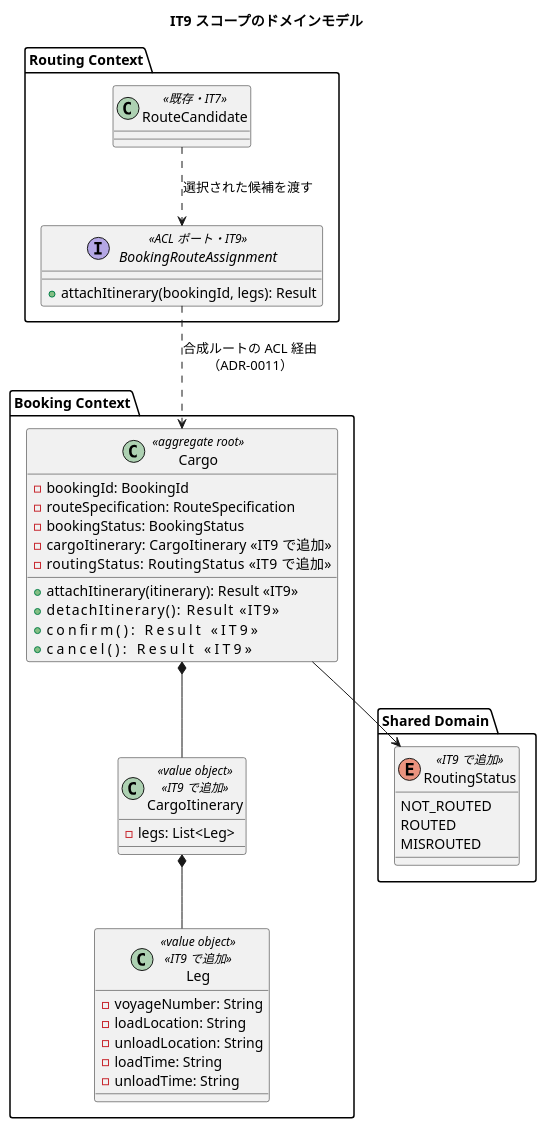
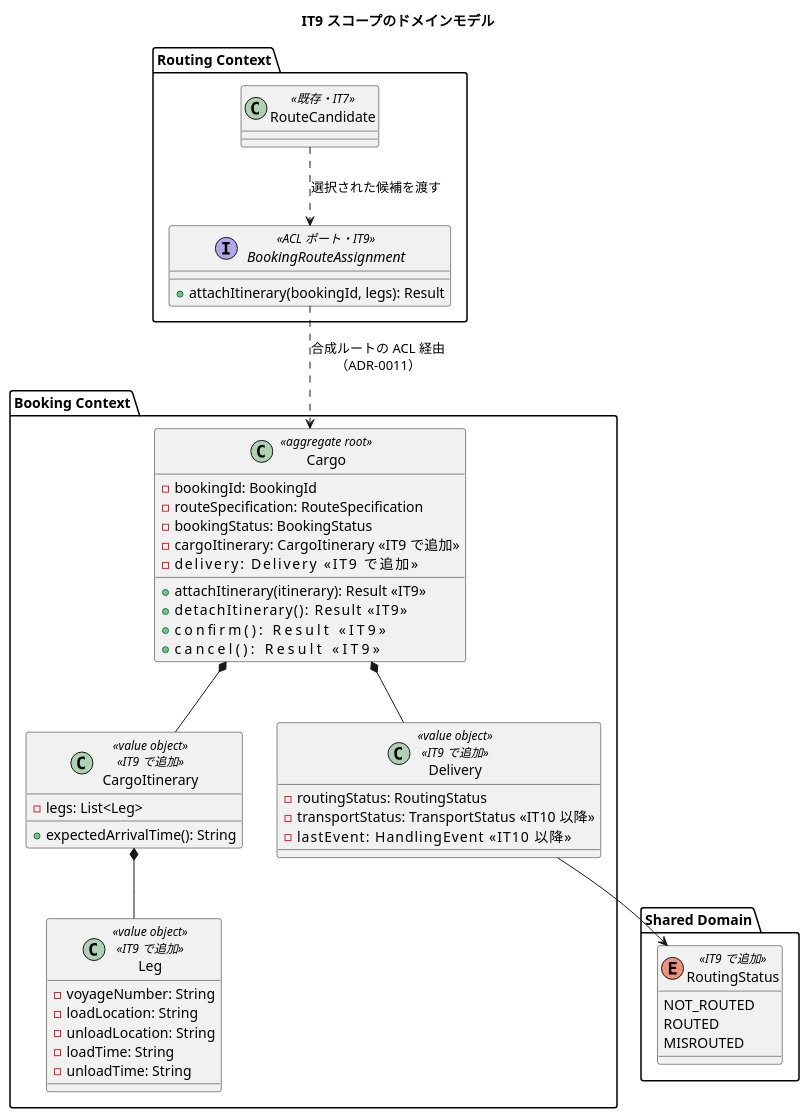
Before and after one commit to k2works/case-study-cargo-tracker: the first of 5 diagrams in docs/development/iteration_plan-9.md, drawn with PlantUML. The commit also changed other lines of this file and 4 other files, not shown here.

````diff
--- a/docs/development/iteration_plan-9.md
+++ b/docs/development/iteration_plan-9.md
@@ -239,51 +344,58 @@
 ```plantuml
 @startuml
 title IT9 スコープのドメインモデル
 
 package "Booking Context" {
   class Cargo <<aggregate root>> {
     -bookingId: BookingId
     -routeSpecification: RouteSpecification
     -bookingStatus: BookingStatus
     -cargoItinerary: CargoItinerary  <<IT9 で追加>>
-    -routingStatus: RoutingStatus    <<IT9 で追加>>
+    -delivery: Delivery              <<IT9 で追加>>
     +attachItinerary(itinerary): Result  <<IT9>>
     +detachItinerary(): Result           <<IT9>>
     +confirm(): Result                   <<IT9>>
     +cancel(): Result                    <<IT9>>
   }
   class CargoItinerary <<value object>> <<IT9 で追加>> {
     -legs: List<Leg>
+    +expectedArrivalTime(): String
   }
   class Leg <<value object>> <<IT9 で追加>> {
     -voyageNumber: String
     -loadLocation: String
     -unloadLocation: String
     -loadTime: String
     -unloadTime: String
+  }
+  class Delivery <<value object>> <<IT9 で追加>> {
+    -routingStatus: RoutingStatus
+    -transportStatus: TransportStatus  <<IT10 以降>>
+    -lastEvent: HandlingEvent          <<IT10 以降>>
   }
 }
 
 package "Shared Domain" {
   enum RoutingStatus <<IT9 で追加>> {
     NOT_ROUTED
     ROUTED
     MISROUTED
   }
 }
 
 package "Routing Context" {
   class RouteCandidate <<既存・IT7>>
   interface BookingRouteAssignment <<ACL ポート・IT9>> {
     +attachItinerary(bookingId, legs): Result
   }
 }
 
 Cargo *-- CargoItinerary
 CargoItinerary *-- Leg
-Cargo --> RoutingStatus
+Cargo *-- Delivery
+Delivery --> RoutingStatus
 BookingRouteAssignment ..> Cargo : 合成ルートの ACL 経由\n（ADR-0011）
 RouteCandidate ..> BookingRouteAssignment : 選択された候補を渡す
 
 @enduml
 ```
````
